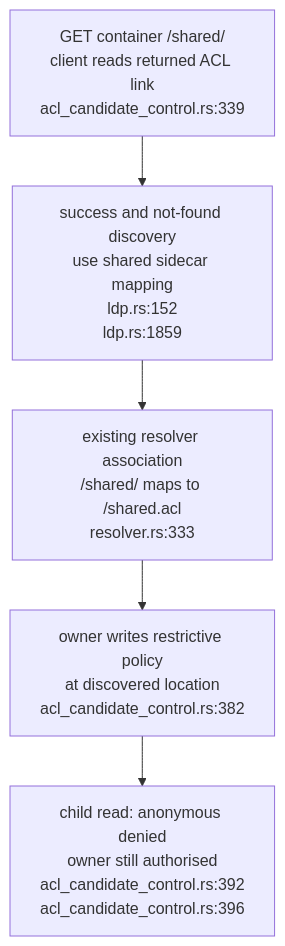
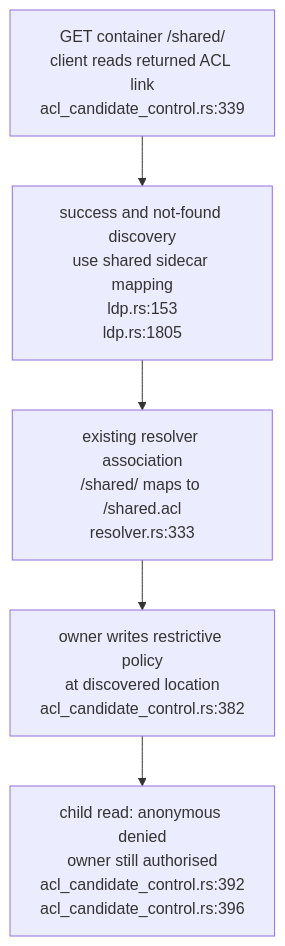
One commit to DreamLab-AI/VisionFlow changed the second of 2 diagrams in docs/diagrams/solid-pod-rs/13-acl-control-and-discovery.md. Above: the diagram before and after it, drawn with Mermaid. The commit also changed other lines of this file and 154 other files, not shown here.

First line of the commit message:
docs(diagrams): re-stamp 154 topics whose every citation still reads the same text at the current heads

````diff
--- a/docs/diagrams/solid-pod-rs/13-acl-control-and-discovery.md
+++ b/docs/diagrams/solid-pod-rs/13-acl-control-and-discovery.md
@@ -44,9 +44,9 @@
 ```mermaid
 flowchart TD
     GET["GET container /shared/<br/>client reads returned ACL link<br/>acl_candidate_control.rs:339"]
-    LINK["success and not-found discovery<br/>use shared sidecar mapping<br/>ldp.rs:152<br/>ldp.rs:1859"]
+    LINK["success and not-found discovery<br/>use shared sidecar mapping<br/>ldp.rs:153<br/>ldp.rs:1805"]
     MAP["existing resolver association<br/>/shared/ maps to /shared.acl<br/>resolver.rs:333"]
     PUT["owner writes restrictive policy<br/>at discovered location<br/>acl_candidate_control.rs:382"]
     CHECK["child read: anonymous denied<br/>owner still authorised<br/>acl_candidate_control.rs:392<br/>acl_candidate_control.rs:396"]
     GET --> LINK --> MAP --> PUT --> CHECK
 ```
````
